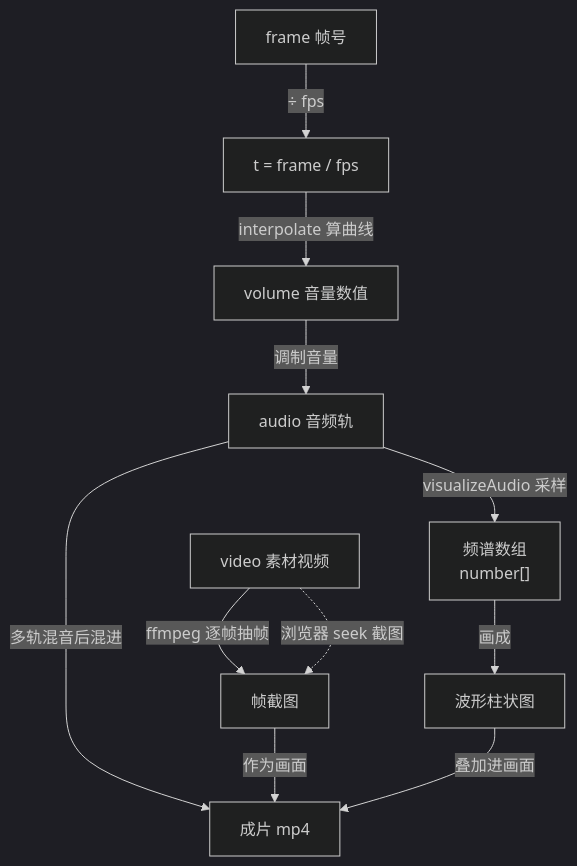
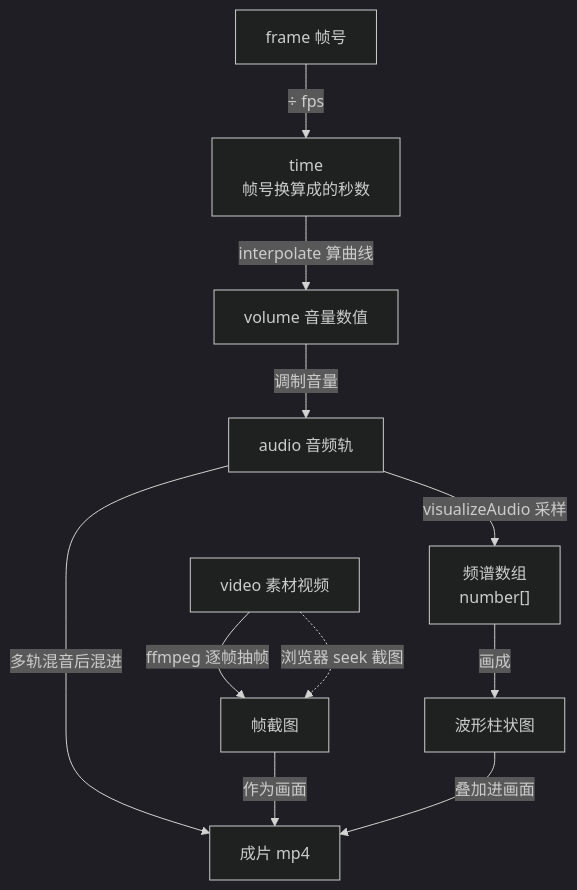
The diagram in src/remotion/ch06.md (wangxiangnan/wangxiangnan.github.io), drawn with Mermaid (dark theme) before and after one commit. The commit also changed other lines of this file and 18 other files, not shown here.

````diff
--- a/src/remotion/ch06.md
+++ b/src/remotion/ch06.md
@@ -12,23 +12,23 @@
 ```mermaid
 flowchart TB
     FR["frame 帧号"]
-    T["t = frame / fps"]
+    T["time<br>帧号换算成的秒数"]
     VO["volume 音量数值"]
     AU["audio 音频轨"]
     VI["video 素材视频"]
     IM["帧截图"]
     WA["频谱数组<br>number[]"]
     BAR["波形柱状图"]
     OUT["成片 mp4"]
 
     FR -->|"÷ fps"| T
     T -->|"interpolate 算曲线"| VO
     VO -->|"调制音量"| AU
     AU -->|"多轨混音后混进"| OUT
     VI -->|"ffmpeg 逐帧抽帧"| IM
     VI -.->|"浏览器 seek 截图"| IM
     AU -->|"visualizeAudio 采样"| WA
     WA -->|"画成"| BAR
     IM -->|"作为画面"| OUT
     BAR -->|"叠加进画面"| OUT
 ```
````
